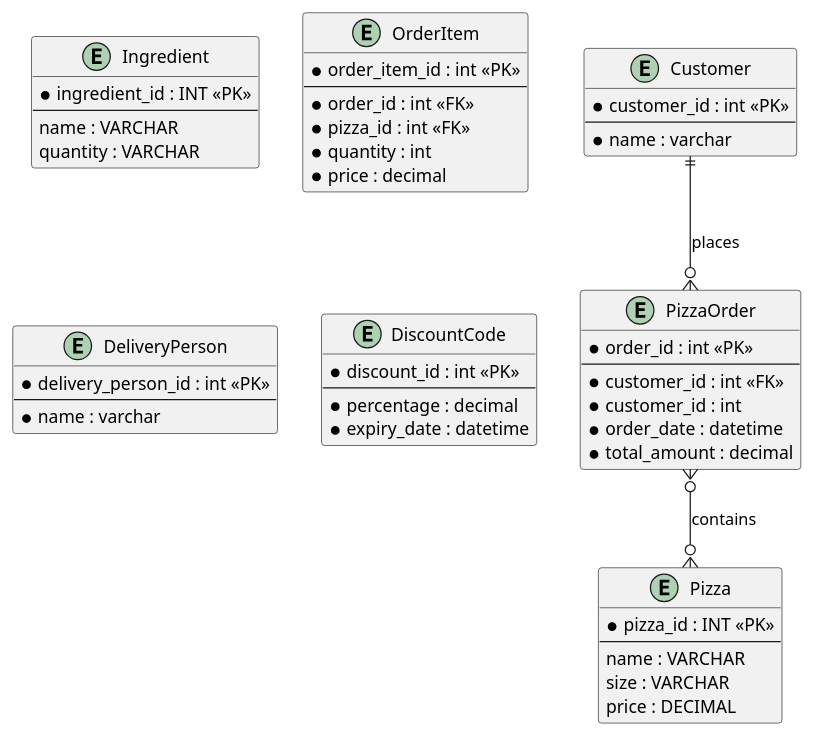
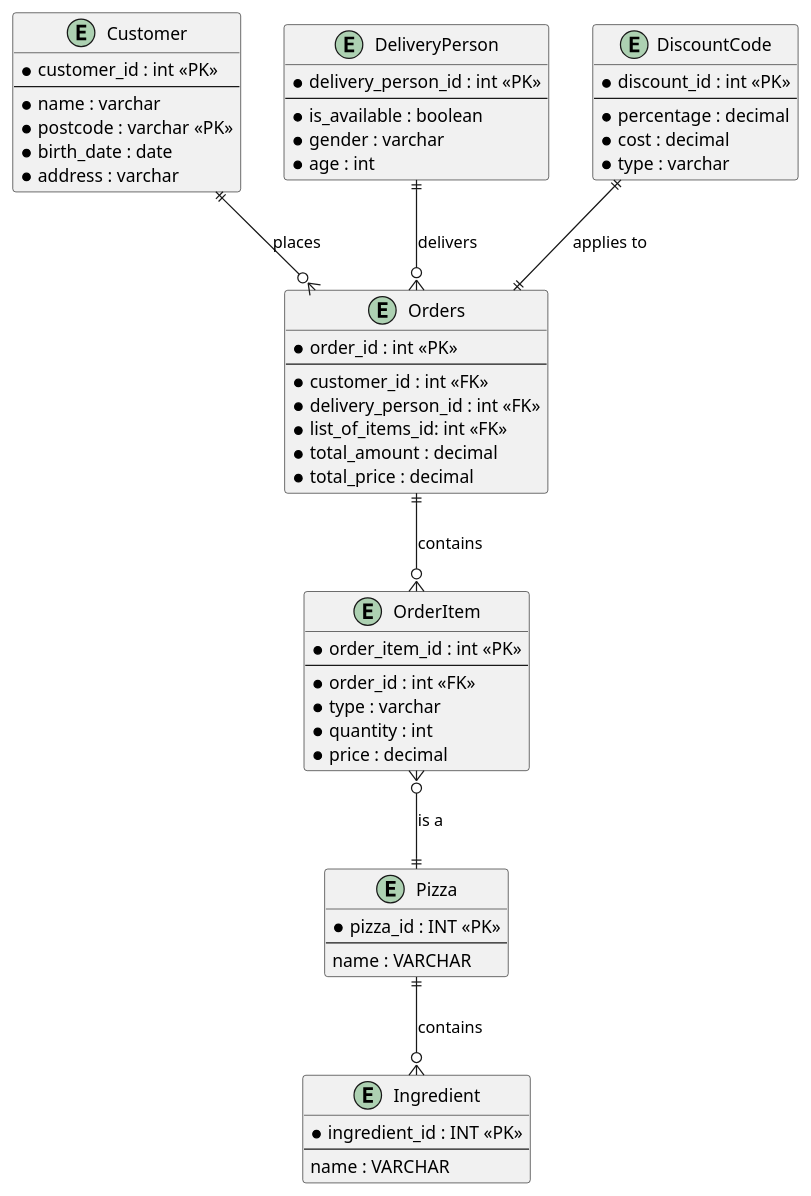
Before and after one commit to DylanTran1808/Database-Project: the diagram in ERD.puml, drawn with PlantUML. The commit also changed 3 other files, not shown here.

```diff
--- a/ERD.puml
+++ b/ERD.puml
@@ -1,51 +1,58 @@
 @startuml Entity-Relationship-Diagram
 entity "Customer" as customer {
   * customer_id : int <<PK>>
   --
   * name : varchar
+  * postcode : varchar <<PK>>
+  * birth_date : date
+  * address : varchar
 }
 
-entity "PizzaOrder" as PO {
+entity "Orders" as O {
   * order_id : int <<PK>>
   --
   * customer_id : int <<FK>>
-  * customer_id : int 
-  * order_date : datetime
+  * delivery_person_id : int <<FK>>
+  * list_of_items_id: int <<FK>>
   * total_amount : decimal
+  * total_price : decimal
 }
 entity "Pizza" as P {
   * pizza_id : INT <<PK>>
   --
   name : VARCHAR
-  size : VARCHAR
-  price : DECIMAL
 }
 entity "Ingredient" as I {
   * ingredient_id : INT <<PK>>
   --
   name : VARCHAR
-  quantity : VARCHAR
 }
 entity "OrderItem" as OI {
   * order_item_id : int <<PK>>
   --
-  * order_id : int <<FK>>
-  * pizza_id : int <<FK>>
+  * order_id : int <<FK>> 
+  * type : varchar
   * quantity : int
   * price : decimal
 }
 entity "DeliveryPerson" as DP {
   * delivery_person_id : int <<PK>>
   --
-  * name : varchar
+  * is_available : boolean
+  * gender : varchar
+  * age : int
 }
 entity "DiscountCode" as DC {
   * discount_id : int <<PK>>
   --
   * percentage : decimal
-  * expiry_date : datetime
+  * cost : decimal
+  * type : varchar
 }
-customer ||--o{ PO : places
-PO }o--o{ P : contains
-
+customer ||--o{ O : places
+O ||--o{ OI : contains
+DP ||--o{ O : delivers
+OI }o--|| P : "is a"
+P ||--o{ I : "contains"
+DC ||--|| O : "applies to"
 @enduml
```
